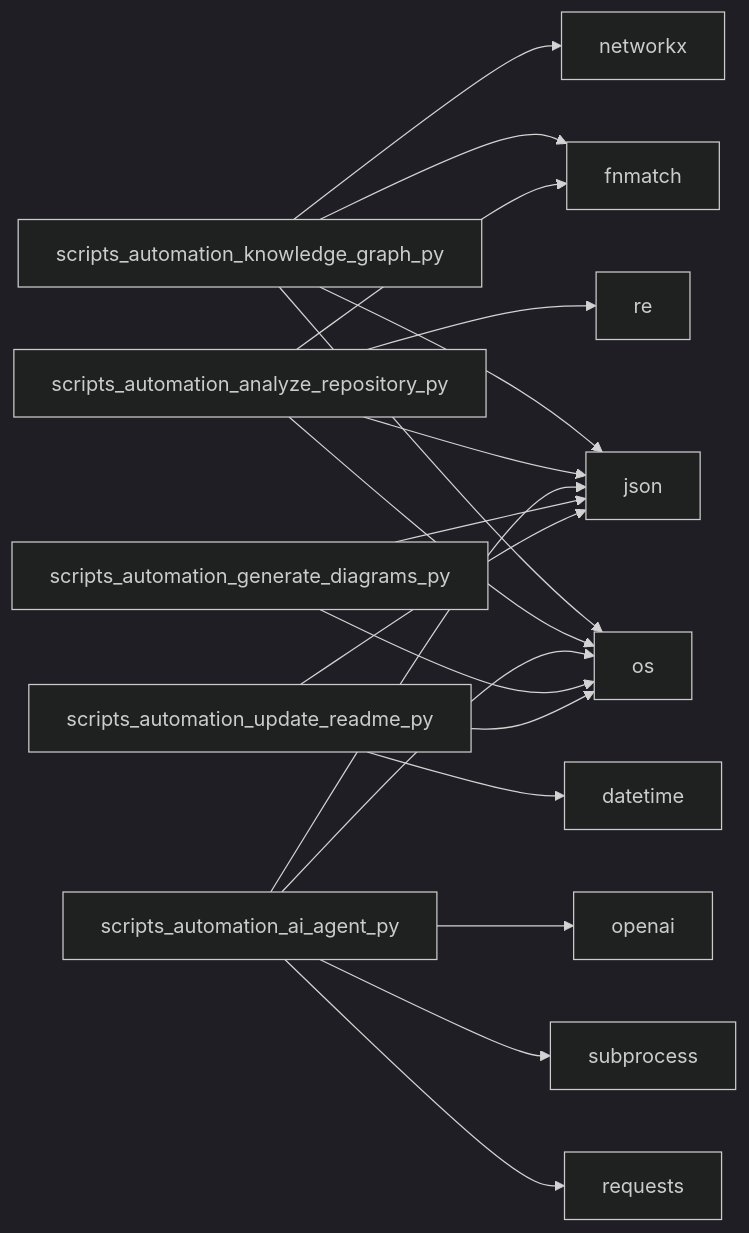
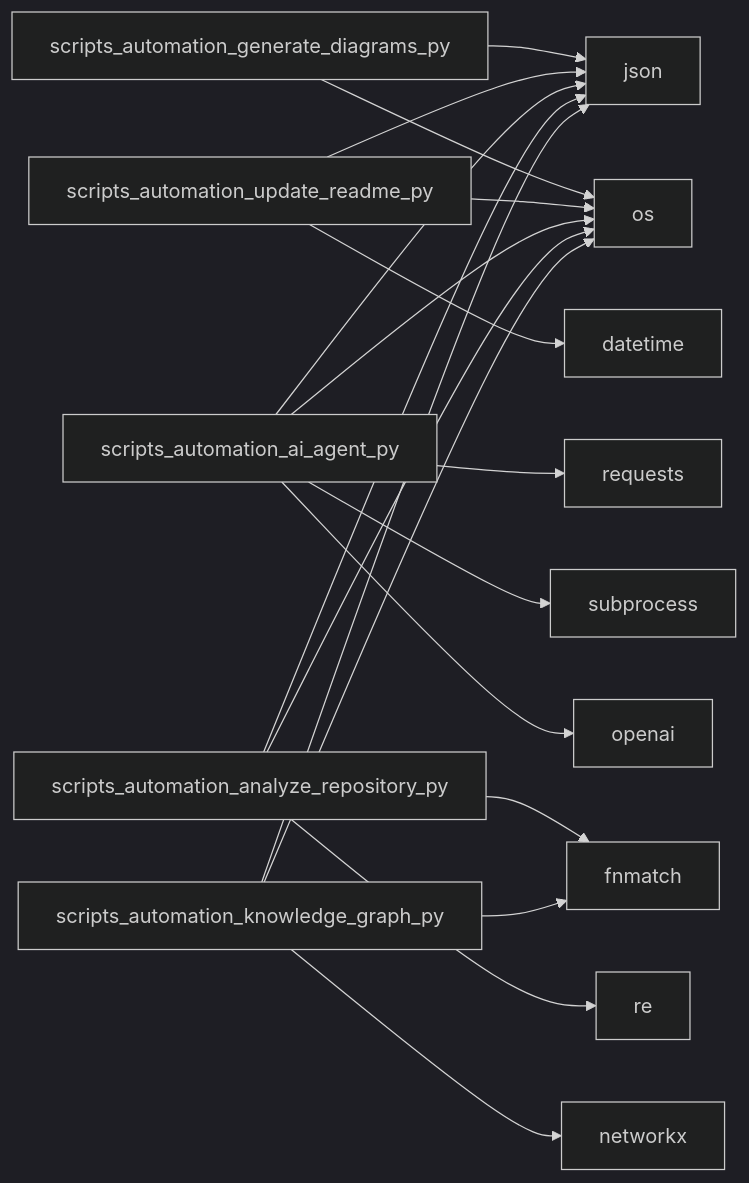
The second of 2 diagrams in README.md (NITISH-R-G/FUTURE_DS_01), drawn with Mermaid (dark theme) before and after one commit. The commit also changed other lines of this file and 3 other files, not shown here.

Commit message:
docs: auto-update repository state and diagrams [skip auto]

````diff
--- a/README.md
+++ b/README.md
@@ -39,21 +39,21 @@
 ```mermaid
 graph LR;
-    scripts_automation_knowledge_graph_py --> os;
-    scripts_automation_knowledge_graph_py --> json;
-    scripts_automation_knowledge_graph_py --> networkx;
-    scripts_automation_knowledge_graph_py --> fnmatch;
-    scripts_automation_analyze_repository_py --> os;
-    scripts_automation_analyze_repository_py --> json;
-    scripts_automation_analyze_repository_py --> fnmatch;
-    scripts_automation_analyze_repository_py --> re;
+    scripts_automation_generate_diagrams_py --> json;
+    scripts_automation_generate_diagrams_py --> os;
+    scripts_automation_update_readme_py --> json;
+    scripts_automation_update_readme_py --> os;
+    scripts_automation_update_readme_py --> datetime;
     scripts_automation_ai_agent_py --> os;
     scripts_automation_ai_agent_py --> requests;
     scripts_automation_ai_agent_py --> json;
     scripts_automation_ai_agent_py --> subprocess;
     scripts_automation_ai_agent_py --> openai;
-    scripts_automation_generate_diagrams_py --> json;
-    scripts_automation_generate_diagrams_py --> os;
-    scripts_automation_update_readme_py --> json;
-    scripts_automation_update_readme_py --> os;
-    scripts_automation_update_readme_py --> datetime;
+    scripts_automation_analyze_repository_py --> os;
+    scripts_automation_analyze_repository_py --> json;
+    scripts_automation_analyze_repository_py --> fnmatch;
+    scripts_automation_analyze_repository_py --> re;
+    scripts_automation_knowledge_graph_py --> os;
+    scripts_automation_knowledge_graph_py --> json;
+    scripts_automation_knowledge_graph_py --> networkx;
+    scripts_automation_knowledge_graph_py --> fnmatch;
 ```
````
